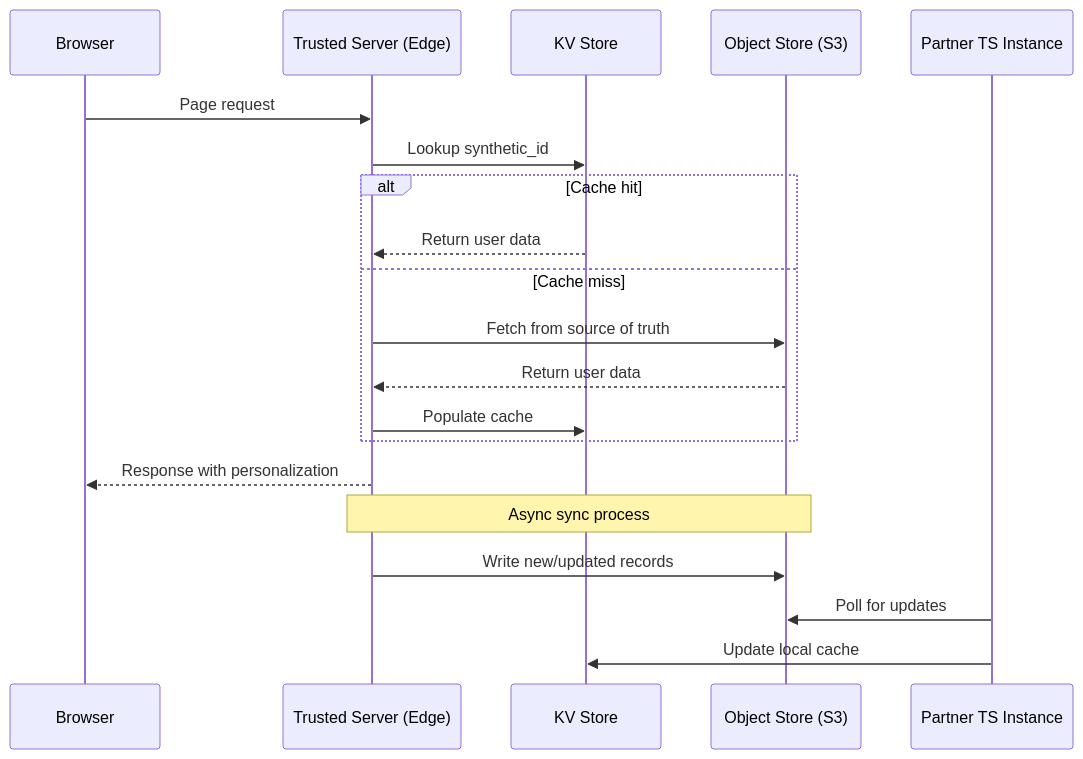
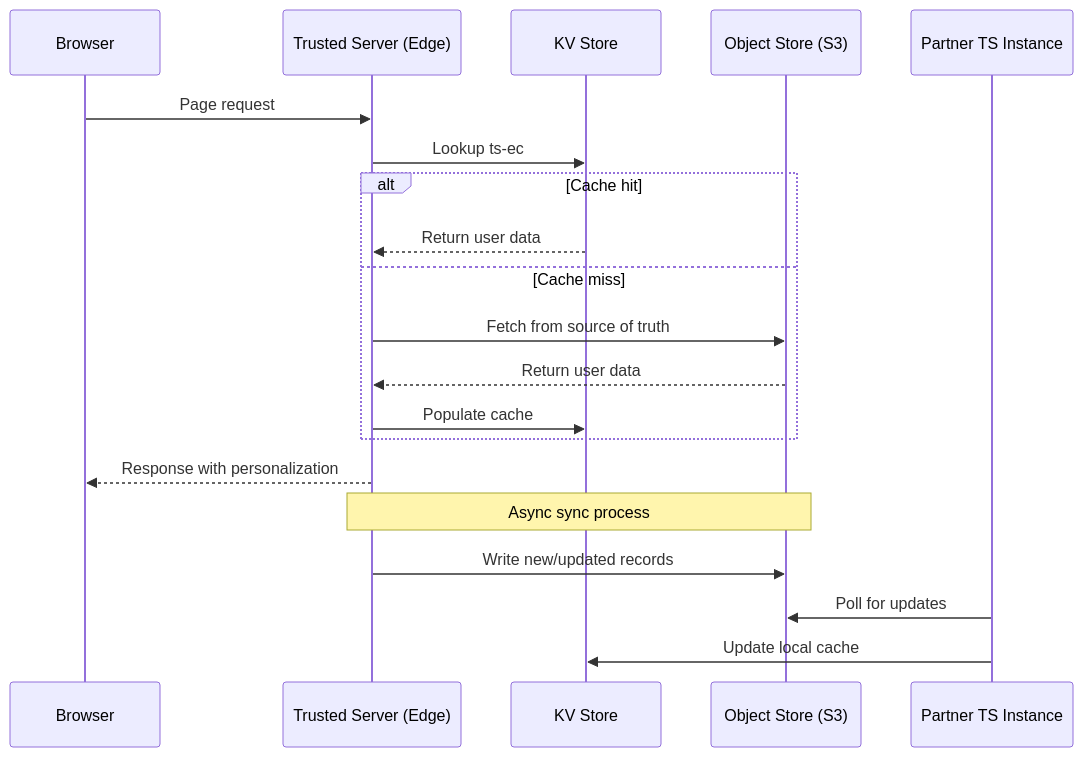
Before and after one commit to IABTechLab/trusted-server: the diagram in docs/guide/collective-sync.md, drawn with Mermaid. The commit also changed other lines of this file and 73 other files, not shown here.

````diff
--- a/docs/guide/collective-sync.md
+++ b/docs/guide/collective-sync.md
@@ -7,24 +7,24 @@
 ```mermaid
 sequenceDiagram
     participant Browser
     participant TS as Trusted Server (Edge)
     participant KV as KV Store
     participant Obj as Object Store (S3)
     participant Partner as Partner TS Instance
 
     Browser->>TS: Page request
-    TS->>KV: Lookup synthetic_id
+    TS->>KV: Lookup ts-ec
     alt Cache hit
         KV-->>TS: Return user data
     else Cache miss
         TS->>Obj: Fetch from source of truth
         Obj-->>TS: Return user data
         TS->>KV: Populate cache
     end
     TS-->>Browser: Response with personalization
 
     Note over TS,Obj: Async sync process
     TS->>Obj: Write new/updated records
     Partner->>Obj: Poll for updates
     Partner->>KV: Update local cache
 ```
````
